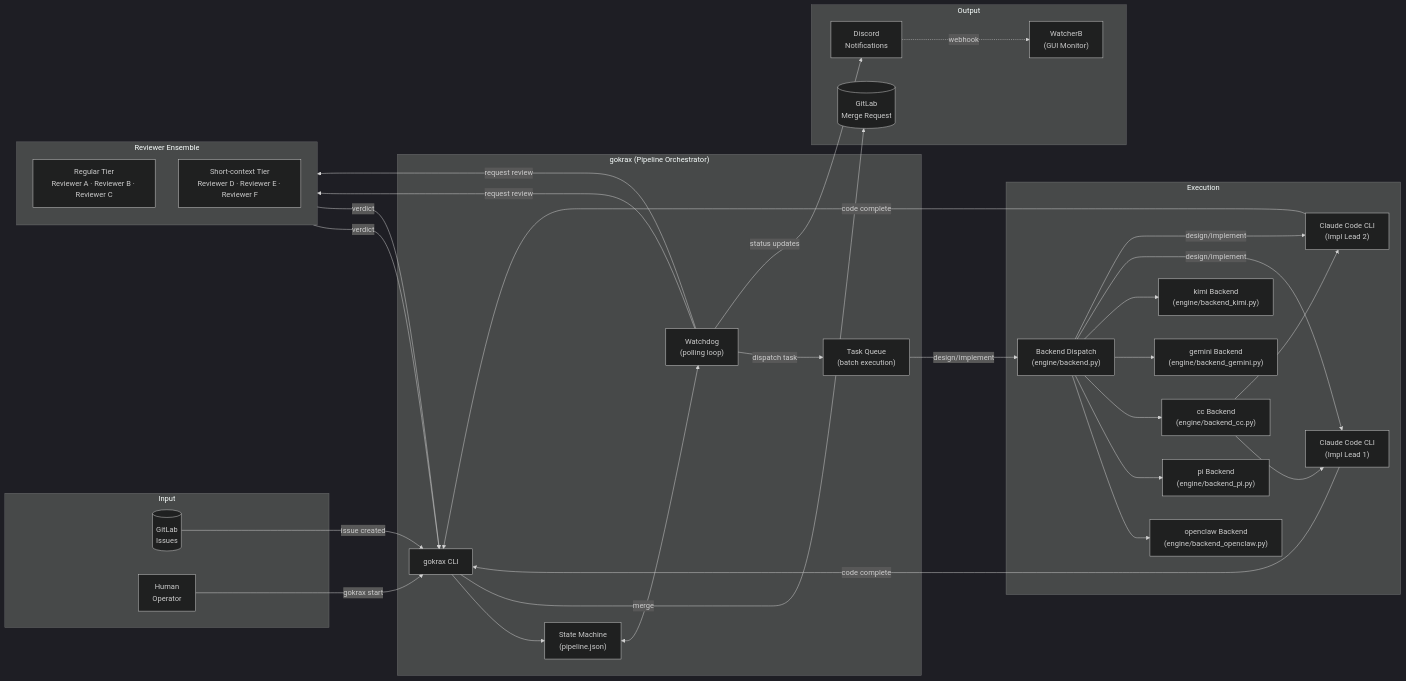
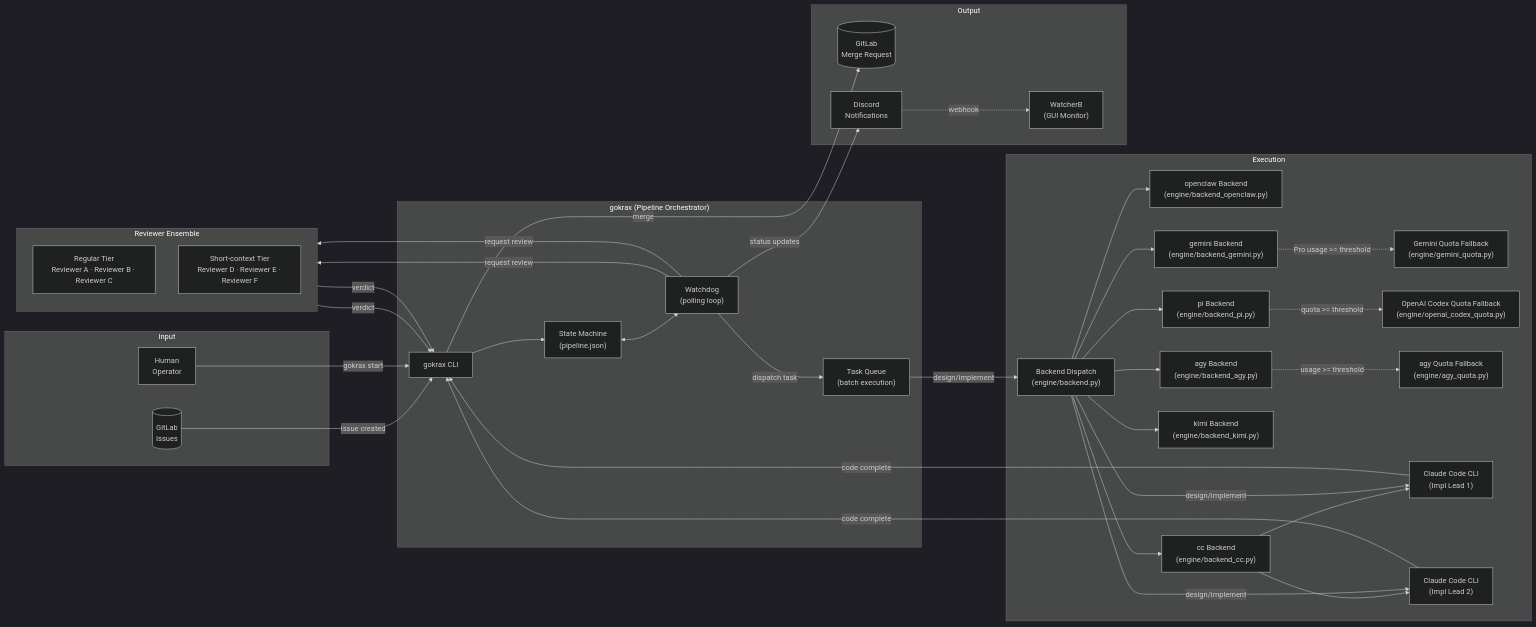
One commit to atakalive/gokrax changed the first of 6 diagrams in docs/architecture.md. Above: the diagram before and after it, drawn with Mermaid (dark theme). The commit also changed other lines of this file and 8 other files, not shown here.

````diff
--- a/docs/architecture.md
+++ b/docs/architecture.md
@@ -7,62 +7,70 @@
 ```mermaid
 graph LR
     subgraph Input
         GL[("GitLab<br/>Issues")]
         Owner["Human<br/>Operator"]
     end
 
     subgraph gokrax["gokrax (Pipeline Orchestrator)"]
         CLI["gokrax CLI"]
         SM["State Machine<br/>(pipeline.json)"]
         WD["Watchdog<br/>(polling loop)"]
         TQ["Task Queue<br/>(batch execution)"]
     end
 
     subgraph Execution
         BD["Backend Dispatch<br/>(engine/backend.py)"]
         BE_OC["openclaw Backend<br/>(engine/backend_openclaw.py)"]
         BE_PI["pi Backend<br/>(engine/backend_pi.py)"]
         BE_CC["cc Backend<br/>(engine/backend_cc.py)"]
         BE_GM["gemini Backend<br/>(engine/backend_gemini.py)"]
         BE_KM["kimi Backend<br/>(engine/backend_kimi.py)"]
+        BE_AGY["agy Backend<br/>(engine/backend_agy.py)"]
+        QF_GM["Gemini Quota Fallback<br/>(engine/gemini_quota.py)"]
+        QF_CDX["OpenAI Codex Quota Fallback<br/>(engine/openai_codex_quota.py)"]
+        QF_AGY["agy Quota Fallback<br/>(engine/agy_quota.py)"]
         CC1["Claude Code CLI<br/>(Impl Lead 1)"]
         CC2["Claude Code CLI<br/>(Impl Lead 2)"]
         BD --> BE_OC
         BD --> BE_PI
         BD --> BE_CC
         BD --> BE_GM
         BD --> BE_KM
+        BD --> BE_AGY
+        BE_PI -. quota >= threshold .-> QF_CDX
+        BE_GM -. Pro usage >= threshold .-> QF_GM
+        BE_AGY -. usage >= threshold .-> QF_AGY
         BE_CC --> CC1
         BE_CC --> CC2
     end
 
     subgraph Review["Reviewer Ensemble"]
         direction TB
         R_REG["Regular Tier<br/>Reviewer A · Reviewer B · Reviewer C"]
         R_SHORT["Short-context Tier<br/>Reviewer D · Reviewer E · Reviewer F"]
     end
 
     subgraph Output
         MR[("GitLab<br/>Merge Request")]
         DC["Discord<br/>Notifications"]
         WB["WatcherB<br/>(GUI Monitor)"]
     end
 
     GL -->|"issue created"| CLI
     Owner -->|"gokrax start"| CLI
     CLI --> SM
     SM <--> WD
     WD -->|"dispatch task"| TQ
     TQ -->|"design/implement"| BD
     BD -->|"design/implement"| CC1
     BD -->|"design/implement"| CC2
     WD -->|"request review"| R_REG
     WD -->|"request review"| R_SHORT
     R_REG -->|"verdict"| CLI
     R_SHORT -->|"verdict"| CLI
     CC1 -->|"code complete"| CLI
     CC2 -->|"code complete"| CLI
     CLI -->|"merge"| MR
     WD -->|"status updates"| DC
     DC -.->|"webhook"| WB
 ```
````
